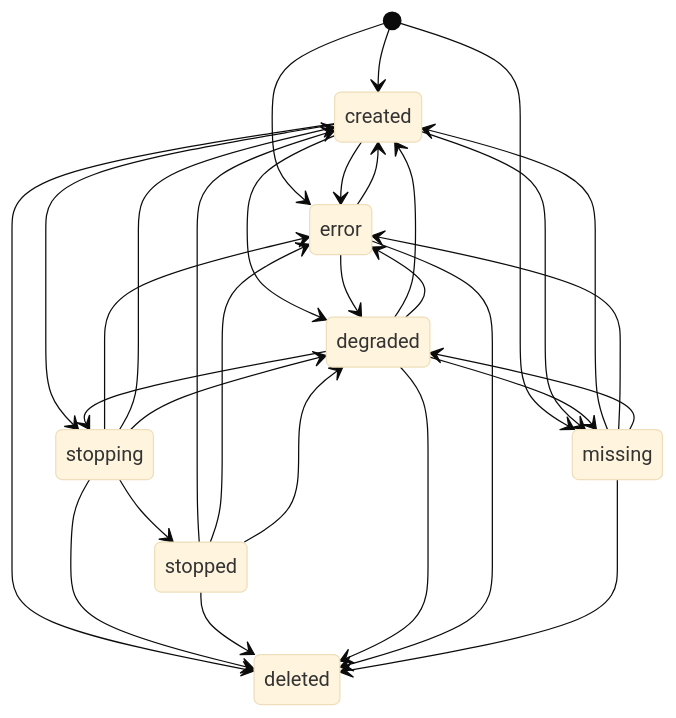
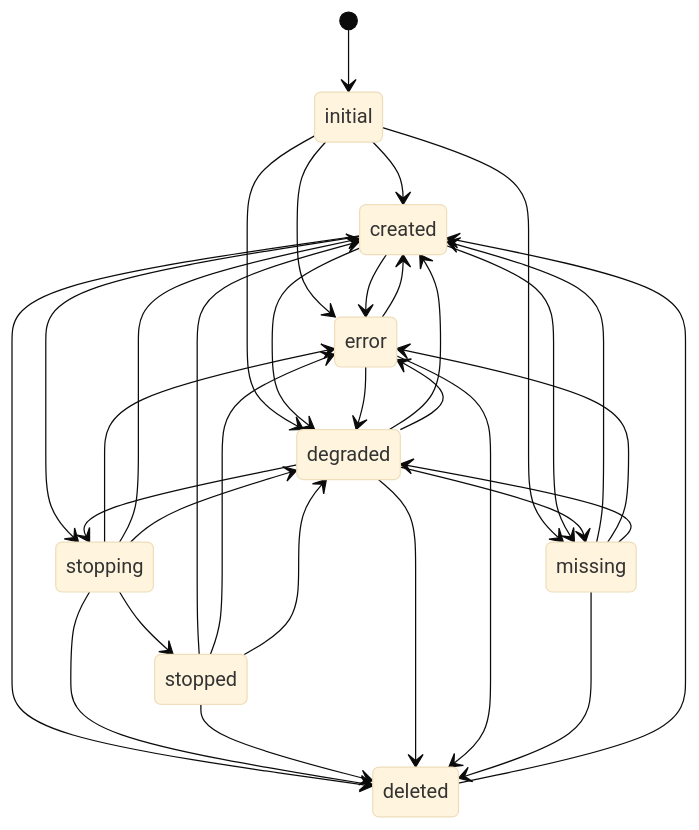
The eighth of 9 diagrams in docs/developer_guide/state_machine.md (shakenfist/shakenfist), drawn with Mermaid (base theme) before and after one commit. The commit also changed other lines of this file and 1 other file, not shown here.

First line of the commit message:
docs: correct node and instance state machine diagrams.

````diff
--- a/docs/developer_guide/state_machine.md
+++ b/docs/developer_guide/state_machine.md
@@ -281,38 +302,43 @@
 ``` mermaid
 stateDiagram-v2
-  [*] --> created
-  [*] --> error
-  [*] --> missing
+  [*] --> initial
+
+  initial --> created
+  initial --> error
+  initial --> missing
+  initial --> degraded
 
   created --> deleted
   created --> error
   created --> missing
   created --> stopping
   created --> degraded
 
   stopping --> stopped
   stopping --> deleted
   stopping --> error
   stopping --> created
   stopping --> degraded
 
   stopped --> created
   stopped --> deleted
   stopped --> error
   stopped --> degraded
 
   degraded --> created
   degraded --> deleted
   degraded --> error
   degraded --> missing
   degraded --> stopping
 
   error --> created
   error --> deleted
   error --> degraded
 
   missing --> created
   missing --> deleted
   missing --> error
   missing --> degraded
+
+  deleted --> created
 ```
````
